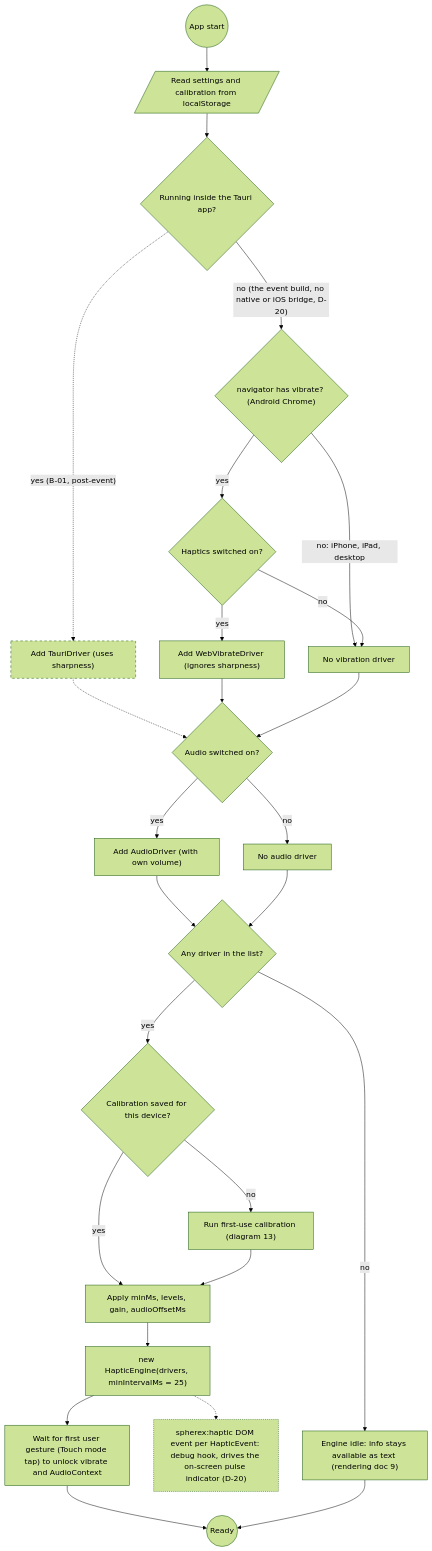
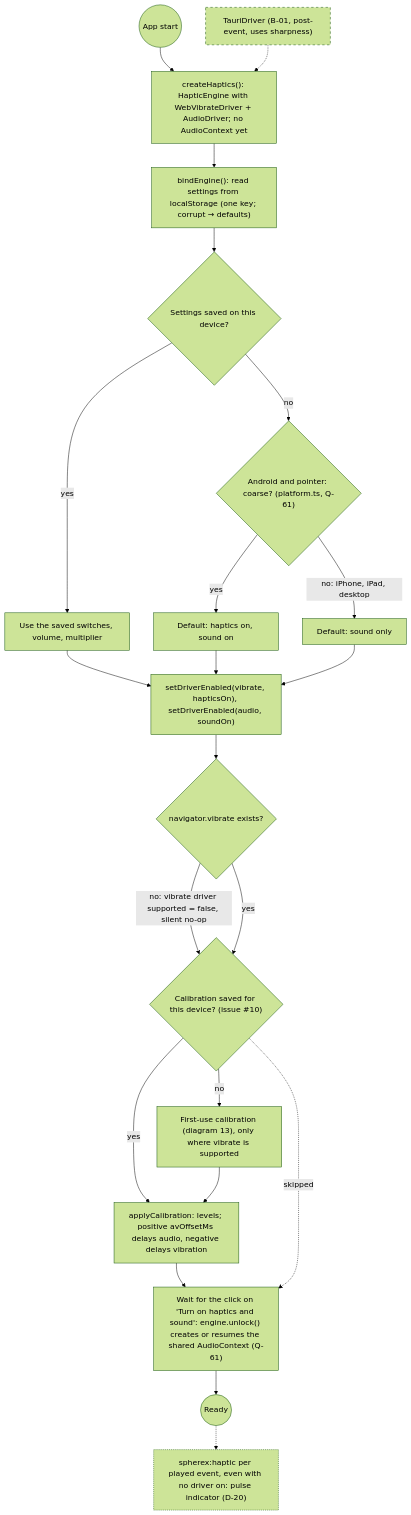
One commit to 0ffrian/SphereX changed the diagram in docs/uml/19-activity-haptic-driver-select.md. Above: the diagram before and after it, drawn with Mermaid (forest theme). The commit also changed other lines of this file and 8 other files, not shown here.

First line of the commit message:
Sync haptics docs and UML with the built engine (#9); add Q-58 to Q-61

````diff
--- a/docs/uml/19-activity-haptic-driver-select.md
+++ b/docs/uml/19-activity-haptic-driver-select.md
@@ -5,33 +5,29 @@
 ```mermaid
 flowchart TD
-  Start(("App start")) --> LoadS[/"Read settings and calibration from localStorage"/]
-  LoadS --> Tauri{"Running inside the Tauri app?"}
-  Tauri -.->|"yes (B-01, post-event)"| AddTauri["Add TauriDriver (uses sharpness)"]
-  Tauri -->|"no (the event build, no native or iOS bridge, D-20)"| VibQ{"navigator has vibrate? (Android Chrome)"}
-  VibQ -->|"no: iPhone, iPad, desktop"| NoVib["No vibration driver"]
-  VibQ -->|yes| HapOn{"Haptics switched on?"}
-  HapOn -->|yes| AddVib["Add WebVibrateDriver (ignores sharpness)"]
-  HapOn -->|no| NoVib
-  AddTauri -.-> AudOn
-  AddVib --> AudOn{"Audio switched on?"}
-  NoVib --> AudOn
-  AudOn -->|yes| AddAud["Add AudioDriver (with own volume)"]
-  AudOn -->|no| NoAud["No audio driver"]
-  AddAud --> Any{"Any driver in the list?"}
-  NoAud --> Any
-  Any -->|no| Off["Engine idle: info stays available as text (rendering doc 9)"]
-  Any -->|yes| Cal{"Calibration saved for this device?"}
-  Cal -->|yes| Apply["Apply minMs, levels, gain, audioOffsetMs"]
-  Cal -->|no| RunCal["Run first-use calibration (diagram 13)"]
+  Start(("App start")) --> Create["createHaptics(): HapticEngine with WebVibrateDriver + AudioDriver; no AudioContext yet"]
+  Create --> Bind["bindEngine(): read settings from localStorage (one key; corrupt → defaults)"]
+  Bind --> Saved{"Settings saved on this device?"}
+  Saved -->|yes| UseSaved["Use the saved switches, volume, multiplier"]
+  Saved -->|no| Plat{"Android and pointer: coarse? (platform.ts, Q-61)"}
+  Plat -->|yes| BothOn["Default: haptics on, sound on"]
+  Plat -->|"no: iPhone, iPad, desktop"| SoundOnly["Default: sound only"]
+  UseSaved --> Enable
+  BothOn --> Enable
+  SoundOnly --> Enable
+  Enable["setDriverEnabled(vibrate, hapticsOn), setDriverEnabled(audio, soundOn)"] --> VibQ{"navigator.vibrate exists?"}
+  VibQ -->|"no: vibrate driver supported = false, silent no-op"| Cal
+  VibQ -->|yes| Cal{"Calibration saved for this device? (issue #10)"}
+  Cal -->|yes| Apply["applyCalibration: levels; positive avOffsetMs delays audio, negative delays vibration"]
+  Cal -->|no| RunCal["First-use calibration (diagram 13), only where vibrate is supported"]
   RunCal --> Apply
-  Apply --> Engine["new HapticEngine(drivers, minIntervalMs = 25)"]
-  Engine -.-> Debug["spherex:haptic DOM event per HapticEvent: debug hook, drives the on-screen pulse indicator (D-20)"]
-  Engine --> Gesture["Wait for first user gesture (Touch mode tap) to unlock vibrate and AudioContext"]
-  Gesture --> Ready(("Ready"))
-  Off --> Ready
+  Apply --> Gesture
+  Cal -.->|"skipped"| Gesture
+  Gesture["Wait for the click on 'Turn on haptics and sound': engine.unlock() creates or resumes the shared AudioContext (Q-61)"] --> Ready(("Ready"))
+  Ready -.-> Debug["spherex:haptic per played event, even with no driver on: pulse indicator (D-20)"]
+  Tauri["TauriDriver (B-01, post-event, uses sharpness)"] -.-> Create
 
   classDef post stroke-dasharray: 5 5
-  class AddTauri post
+  class Tauri post
   classDef debug stroke-dasharray: 2 2
   class Debug debug
 ```
````
